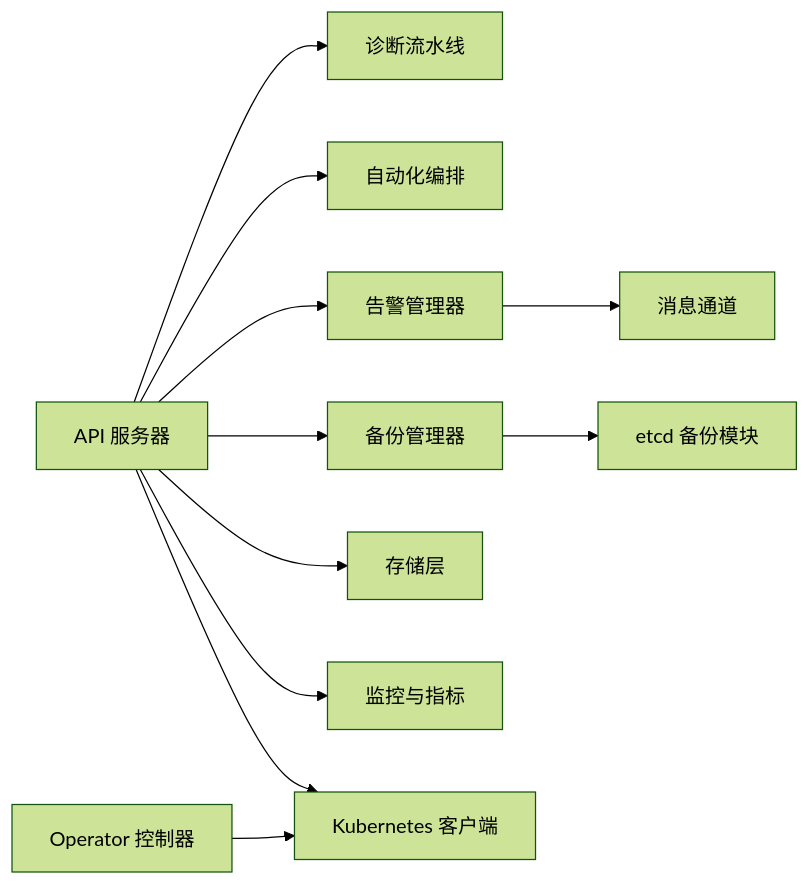
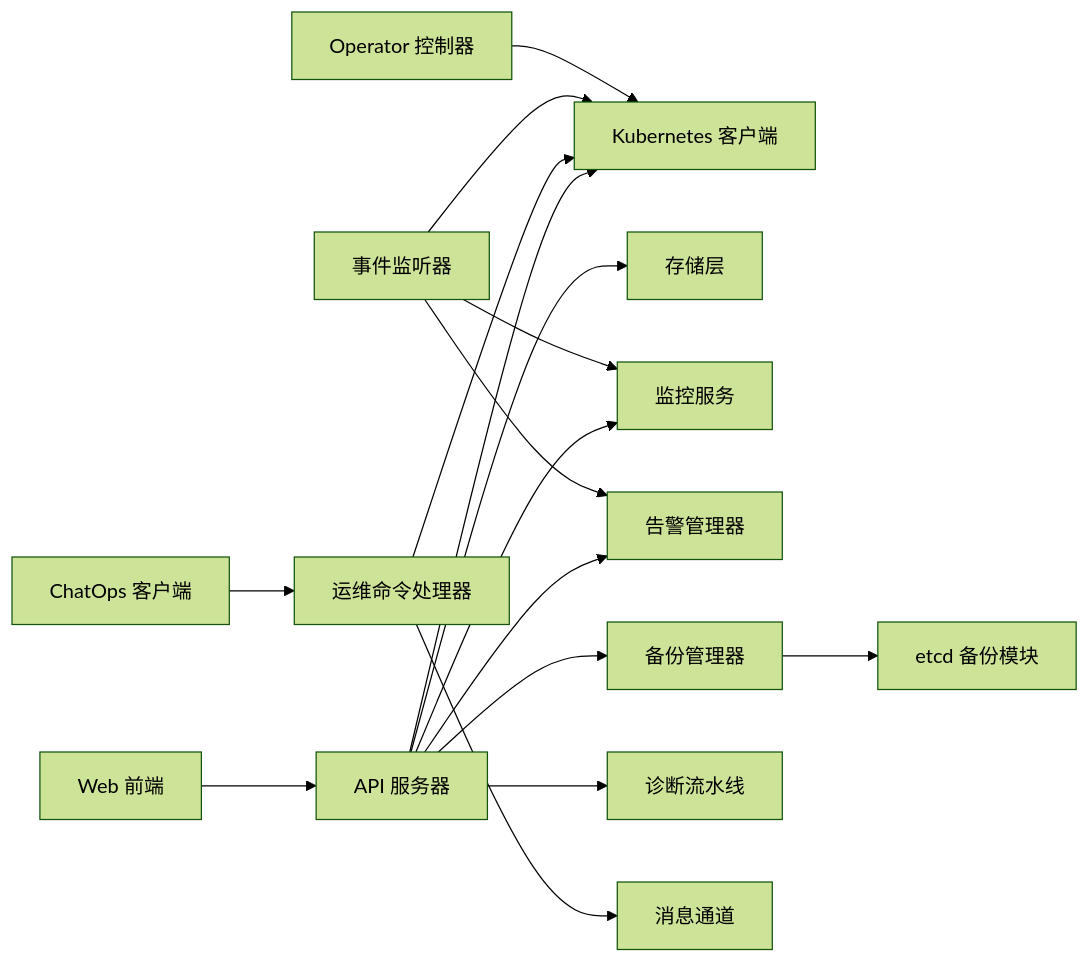
The ninth of 9 diagrams in .qoder/repowiki/zh/content/系统架构/系统架构.md (kudig-io/klaw), drawn with Mermaid (forest theme) before and after one commit. The commit also changed other lines of this file and 245 other files, not shown here.

````diff
--- a/.qoder/repowiki/zh/content/系统架构/系统架构.md
+++ b/.qoder/repowiki/zh/content/系统架构/系统架构.md
@@ -317,13 +419,18 @@
 ```mermaid
 graph LR
-API["API 服务器"] --> Diag["诊断流水线"]
-API --> Auto["自动化编排"]
+Web["Web 前端"] --> API["API 服务器"]
+ChatOps["ChatOps 客户端"] --> Ops["运维命令处理器"]
+API --> K8s["Kubernetes 客户端"]
+API --> Store["存储层"]
+API --> Mon["监控服务"]
 API --> Alert["告警管理器"]
 API --> Backup["备份管理器"]
-API --> Store["存储层"]
-API --> Mon["监控与指标"]
-API --> K8s["Kubernetes 客户端"]
+API --> Diag["诊断流水线"]
+Ops --> K8s
+Ops --> MsgCh["消息通道"]
+Events["事件监听器"] --> Alert
+Events --> Mon
+Events --> K8s
 Operator["Operator 控制器"] --> K8s
 Backup --> Etcd["etcd 备份模块"]
-Alert --> Notifier["消息通道"]
 ```
````
